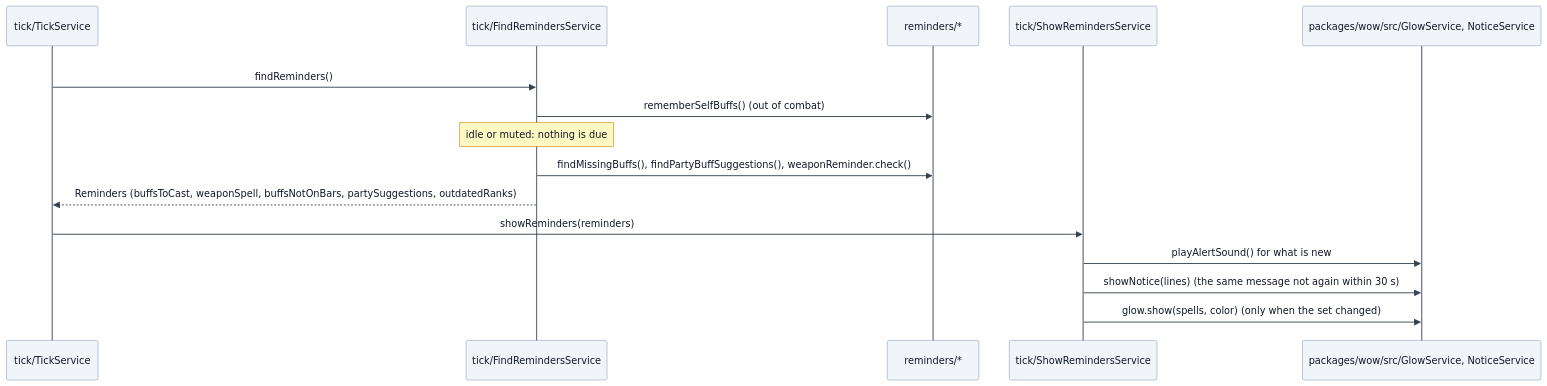
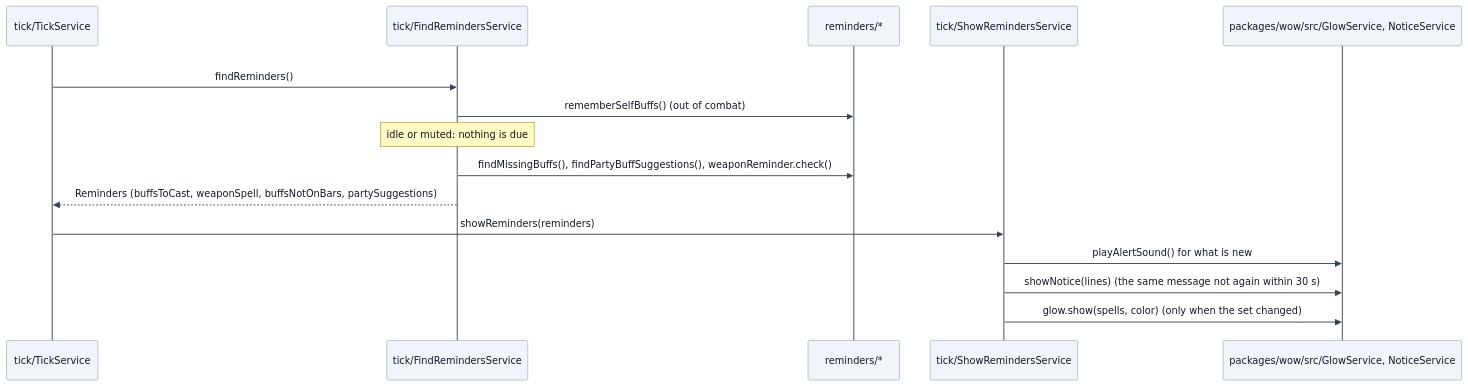
The seventh of 7 diagrams in docs/architecture.md (vattiss/wowkit), drawn with Mermaid before and after one commit. The commit also changed other lines of this file and 236 other files, not shown here.

````diff
--- a/docs/architecture.md
+++ b/docs/architecture.md
@@ -336,21 +344,21 @@
 ```mermaid
 %%{init: {"theme":"base","themeVariables":{"background":"#ffffff","lineColor":"#6b7280","textColor":"#111827","primaryColor":"#f1f5f9","primaryTextColor":"#111827","primaryBorderColor":"#94a3b8","secondaryColor":"#e2e8f0","tertiaryColor":"#ffffff","mainBkg":"#f1f5f9","nodeBorder":"#94a3b8","nodeTextColor":"#111827","titleColor":"#111827","edgeLabelBackground":"#ffffff","labelBackground":"#ffffff","labelTextColor":"#111827","clusterBkg":"#ffffff","clusterBorder":"#d1d5db","classText":"#111827","actorBkg":"#f1f5f9","actorTextColor":"#111827","actorBorder":"#94a3b8","actorLineColor":"#6b7280","signalColor":"#374151","signalTextColor":"#111827","noteBkgColor":"#fef9c3","noteTextColor":"#111827","noteBorderColor":"#ca8a04"}}}%%
 sequenceDiagram
     participant Tick as tick/TickService
     participant Find as tick/FindRemindersService
     participant Logic as reminders/*
     participant Show as tick/ShowRemindersService
     participant Screen as packages/wow/src/GlowService, NoticeService
 
     rect rgb(255, 255, 255)
         Tick->>Find: findReminders()
         Find->>Logic: rememberSelfBuffs() (out of combat)
         Note over Find: idle or muted: nothing is due
         Find->>Logic: findMissingBuffs(), findPartyBuffSuggestions(), weaponReminder.check()
-        Find-->>Tick: Reminders (buffsToCast, weaponSpell, buffsNotOnBars, partySuggestions, outdatedRanks)
+        Find-->>Tick: Reminders (buffsToCast, weaponSpell, buffsNotOnBars, partySuggestions)
         Tick->>Show: showReminders(reminders)
         Show->>Screen: playAlertSound() for what is new
         Show->>Screen: showNotice(lines) (the same message not again within 30 s)
         Show->>Screen: glow.show(spells, color) (only when the set changed)
     end
 ```
````
